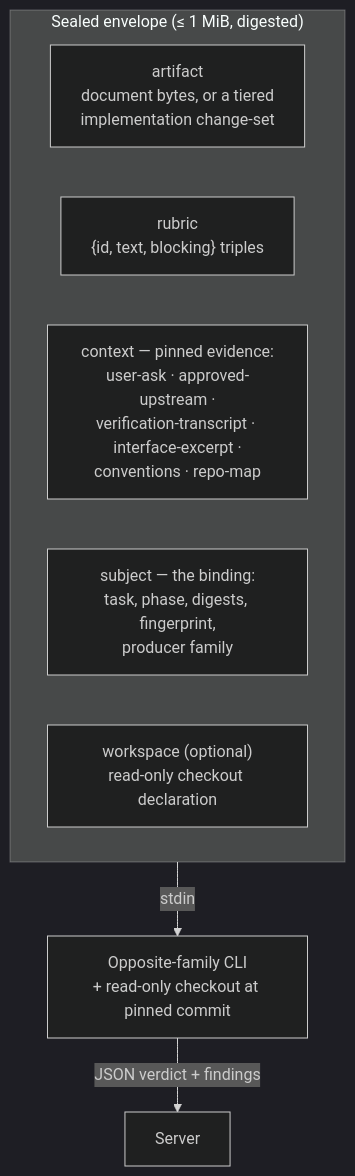
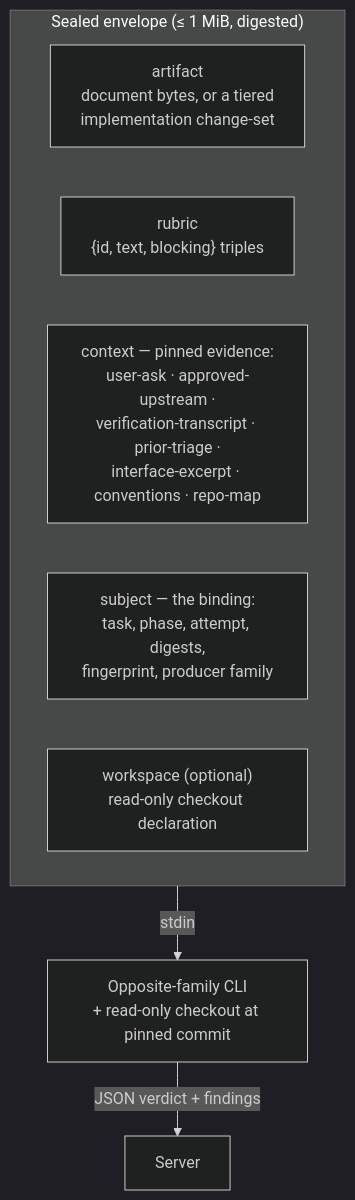
The diagram in docs/review/COUNTER-REVIEW.md (Aroton/ArchflowV2), drawn with Mermaid (dark theme) before and after one commit. The commit also changed other lines of this file and 172 other files, not shown here.

````diff
--- a/docs/review/COUNTER-REVIEW.md
+++ b/docs/review/COUNTER-REVIEW.md
@@ -11,12 +11,12 @@
 ```mermaid
 flowchart TB
     subgraph ENV["Sealed envelope (≤ 1 MiB, digested)"]
         A["artifact<br/>document bytes, or a tiered<br/>implementation change-set"]
         R["rubric<br/>{id, text, blocking} triples"]
-        C["context — pinned evidence:<br/>user-ask · approved-upstream ·<br/>verification-transcript · interface-excerpt ·<br/>conventions · repo-map"]
-        S["subject — the binding:<br/>task, phase, digests, fingerprint,<br/>producer family"]
+        C["context — pinned evidence:<br/>user-ask · approved-upstream ·<br/>verification-transcript · prior-triage ·<br/>interface-excerpt · conventions · repo-map"]
+        S["subject — the binding:<br/>task, phase, attempt, digests,<br/>fingerprint, producer family"]
         W["workspace (optional)<br/>read-only checkout declaration"]
     end
     ENV -->|stdin| Child["Opposite-family CLI<br/>+ read-only checkout at pinned commit"]
     Child -->|JSON verdict + findings| Server
 ```
````
